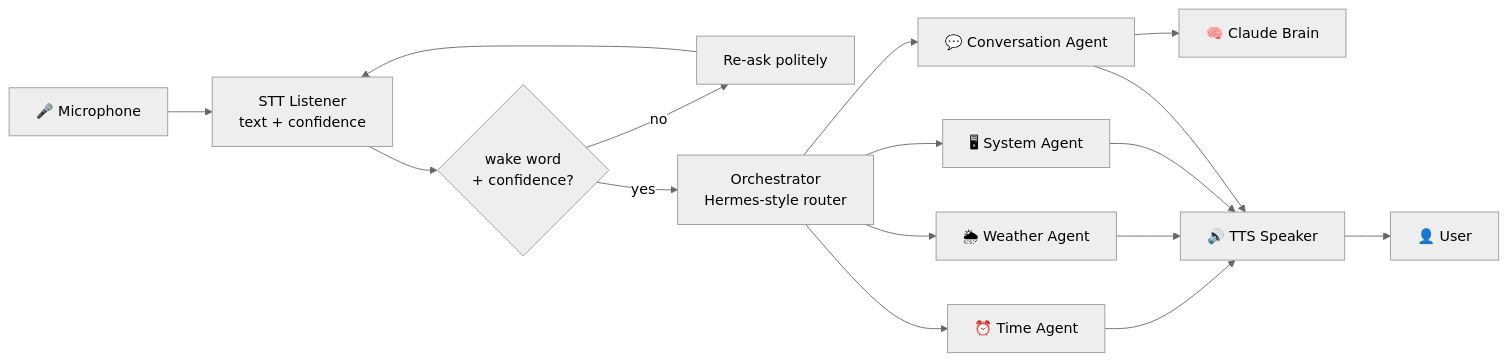
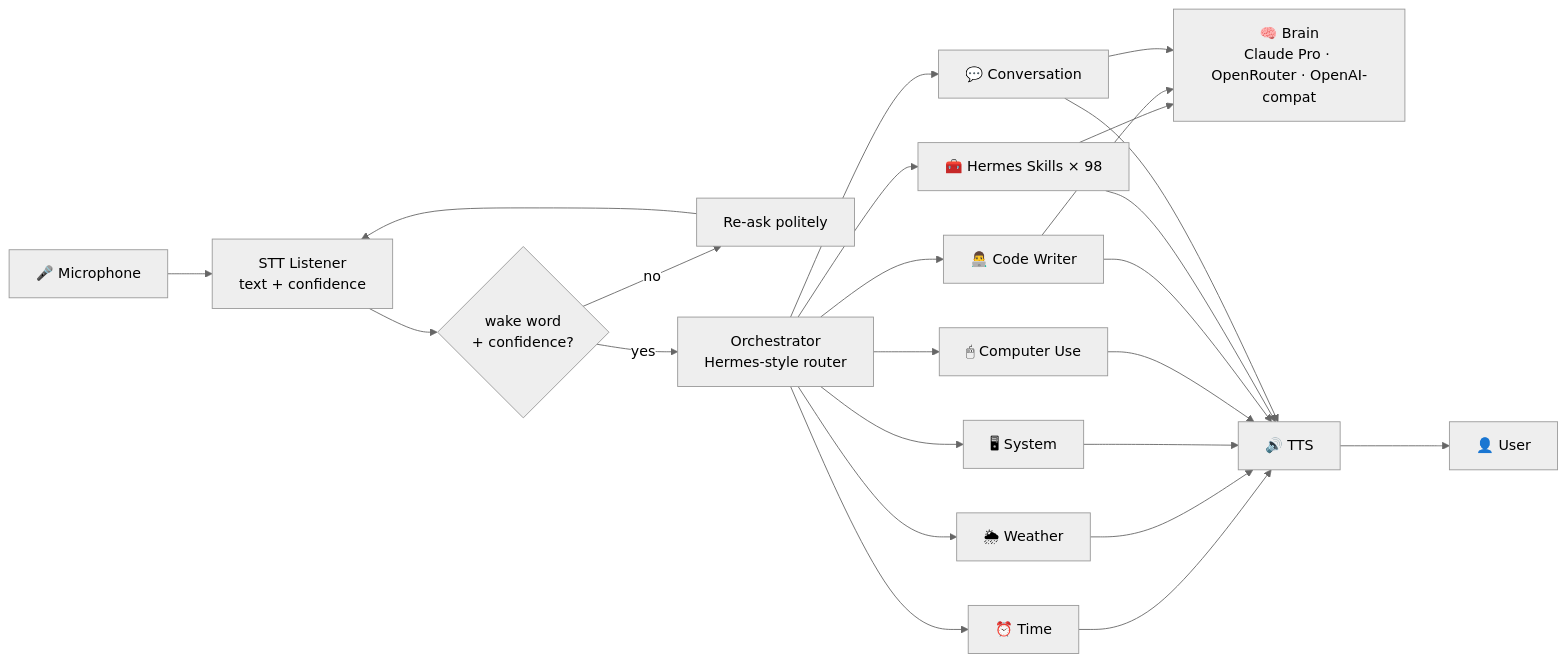
Before and after one commit to rudhrancodes-dev/harry-ai: the diagram in README.md, drawn with Mermaid (neutral theme). The commit also changed other lines of this file and 3 other files, not shown here.

Commit message:
docs: refresh README and screenshots for pluggable brain + 98 skills

````diff
--- a/README.md
+++ b/README.md
@@ -32,15 +33,20 @@
 ```mermaid
 flowchart LR
     Mic[🎤 Microphone] --> Listener[STT Listener<br/>text + confidence]
     Listener --> Wake{wake word<br/>+ confidence?}
     Wake -- no --> Reask[Re-ask politely]
     Reask --> Listener
     Wake -- yes --> Orch[Orchestrator<br/>Hermes-style router]
-    Orch --> Time[⏰ Time Agent]
-    Orch --> Weather[🌦 Weather Agent]
-    Orch --> System[🖥 System Agent]
-    Orch --> Conv[💬 Conversation Agent]
-    Conv --> Brain[🧠 Claude Brain]
-    Time & Weather & System & Conv --> Speaker[🔊 TTS Speaker]
+    Orch --> Time[⏰ Time]
+    Orch --> Weather[🌦 Weather]
+    Orch --> System[🖥 System]
+    Orch --> Computer[🖱 Computer Use]
+    Orch --> Code[👨‍💻 Code Writer]
+    Orch --> Skills[🧰 Hermes Skills × 98]
+    Orch --> Conv[💬 Conversation]
+    Skills --> Brain
+    Code --> Brain
+    Conv --> Brain[🧠 Brain<br/>Claude Pro · OpenRouter · OpenAI-compat]
+    Time & Weather & System & Computer & Code & Skills & Conv --> Speaker[🔊 TTS]
     Speaker --> User[👤 User]
 ```
````
